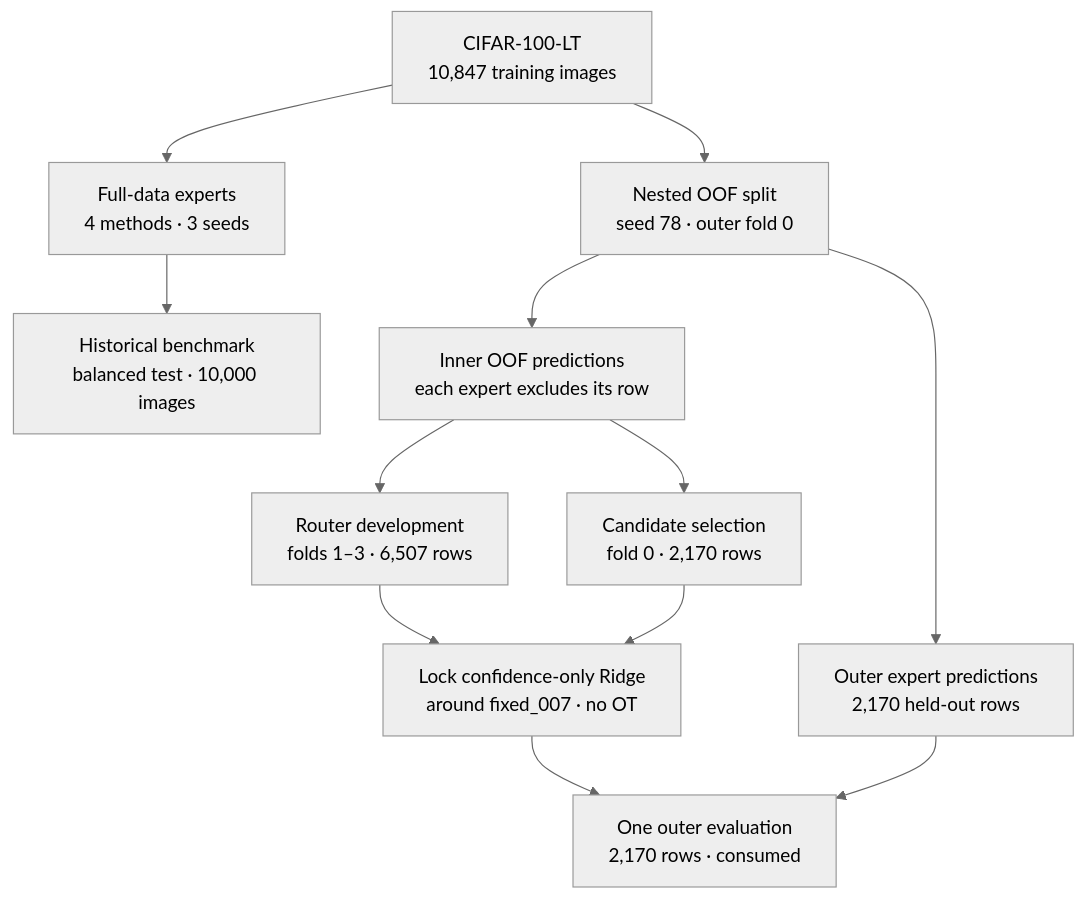
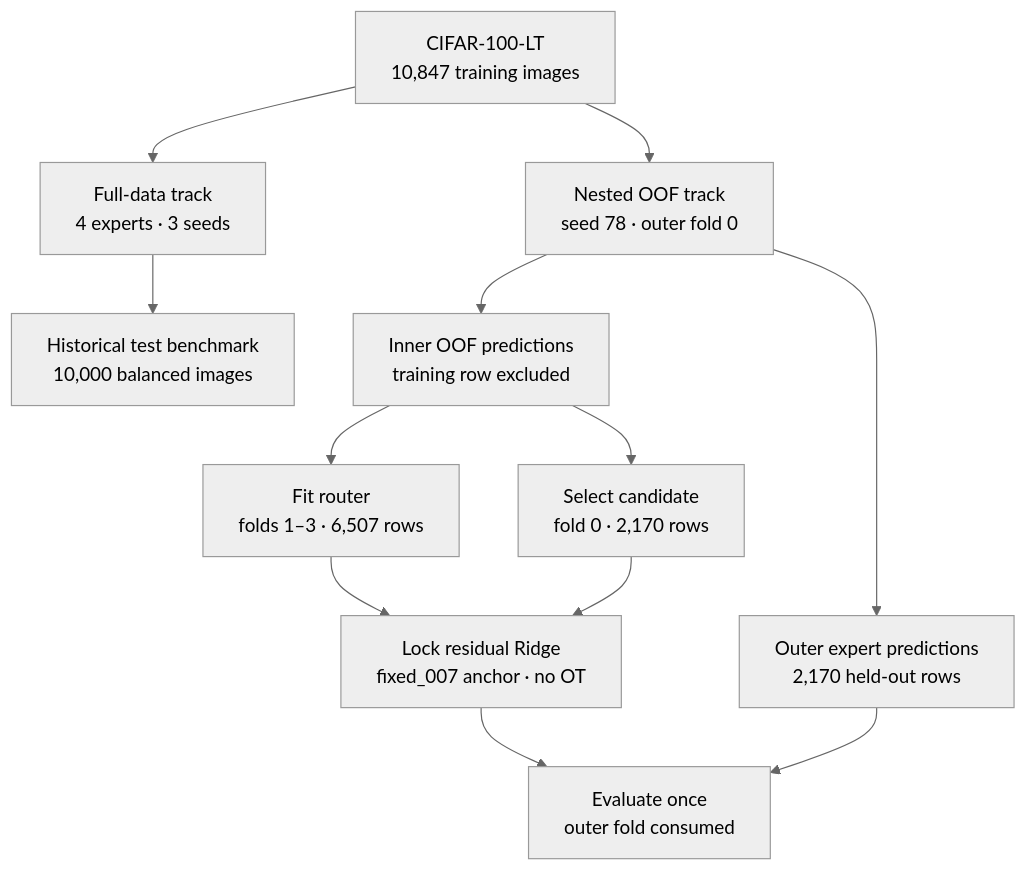
The first of 3 diagrams in README.md (Dzzz83/MoE_Imbalance), drawn with Mermaid (neutral theme) before and after one commit. The commit also changed other lines of this file, not shown here.

````diff
--- a/README.md
+++ b/README.md
@@ -32,17 +51,17 @@
 ```mermaid
 flowchart TD
     data["CIFAR-100-LT<br/>10,847 training images"]
 
-    data --> full["Full-data experts<br/>4 methods · 3 seeds"]
-    full --> test["Historical benchmark<br/>balanced test · 10,000 images"]
+    data --> full["Full-data track<br/>4 experts · 3 seeds"]
+    full --> test["Historical test benchmark<br/>10,000 balanced images"]
 
-    data --> split["Nested OOF split<br/>seed 78 · outer fold 0"]
-    split --> oof["Inner OOF predictions<br/>each expert excludes its row"]
+    data --> split["Nested OOF track<br/>seed 78 · outer fold 0"]
+    split --> inner["Inner OOF predictions<br/>training row excluded"]
     split --> outerpred["Outer expert predictions<br/>2,170 held-out rows"]
-    oof --> fit["Router development<br/>folds 1–3 · 6,507 rows"]
-    oof --> select["Candidate selection<br/>fold 0 · 2,170 rows"]
-    fit --> lock["Lock confidence-only Ridge<br/>around fixed_007 · no OT"]
+    inner --> fit["Fit router<br/>folds 1–3 · 6,507 rows"]
+    inner --> select["Select candidate<br/>fold 0 · 2,170 rows"]
+    fit --> lock["Lock residual Ridge<br/>fixed_007 anchor · no OT"]
     select --> lock
-    lock --> outer["One outer evaluation<br/>2,170 rows · consumed"]
-    outerpred --> outer
+    lock --> evaluate["Evaluate once<br/>outer fold consumed"]
+    outerpred --> evaluate
 ```
````
